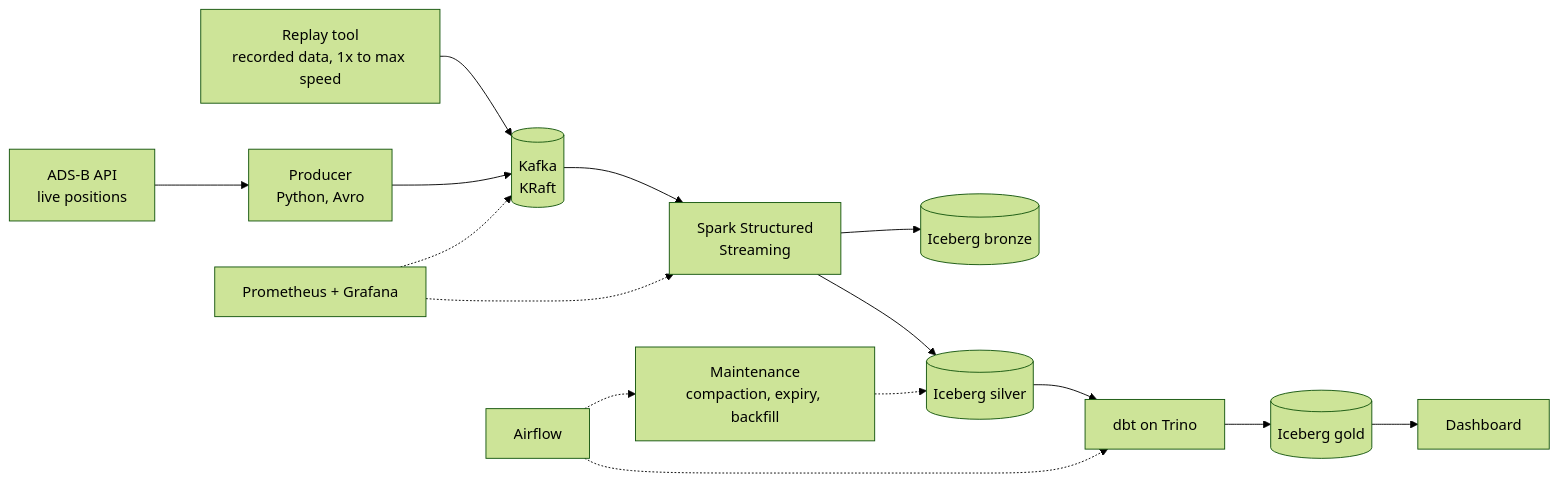
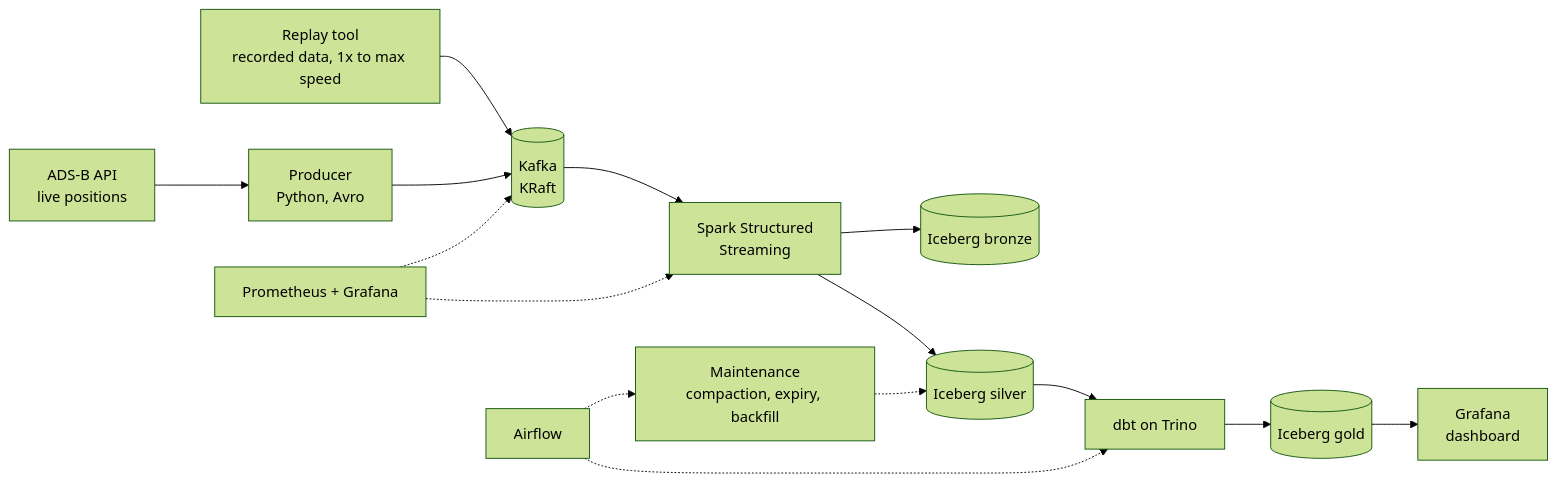
One commit to javigarlop/flight-lakehouse changed the diagram in PLAN.md. Above: the diagram before and after it, drawn with Mermaid (forest theme). The commit also changed other lines of this file and 4 other files, not shown here.

````diff
--- a/PLAN.md
+++ b/PLAN.md
@@ -33,17 +33,17 @@
 ```mermaid
 flowchart LR
     A[ADS-B API<br/>live positions] --> B[Producer<br/>Python, Avro]
     R[Replay tool<br/>recorded data, 1x to max speed] --> K
     B --> K[(Kafka<br/>KRaft)]
     K --> S[Spark Structured<br/>Streaming]
     S --> BR[(Iceberg bronze)]
     S --> SI[(Iceberg silver)]
     SI --> D[dbt on Trino]
     D --> G[(Iceberg gold)]
-    G --> V[Dashboard]
+    G --> V[Grafana<br/>dashboard]
     AF[Airflow] -.-> D
     AF -.-> M[Maintenance<br/>compaction, expiry, backfill]
     M -.-> SI
     P[Prometheus + Grafana] -.-> K
     P -.-> S
 ```
````
